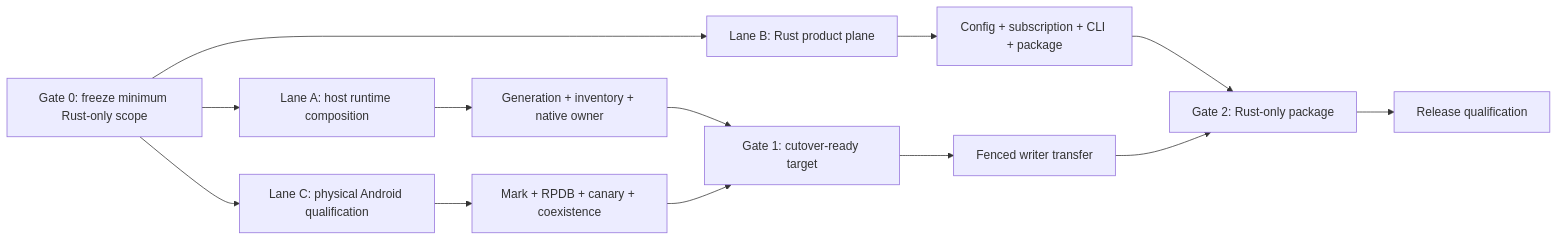
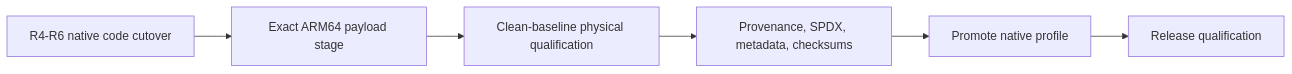
The diagram in docs/architecture/implementation-roadmap.md (Chth1z/Flux), drawn with Mermaid before and after one commit. The commit also changed other lines of this file and 4 other files, not shown here.

Commit message:
docs: align guides with native runtime

````diff
--- a/docs/architecture/implementation-roadmap.md
+++ b/docs/architecture/implementation-roadmap.md
@@ -88,19 +86,8 @@
 ```mermaid
 flowchart LR
-    G0["Gate 0: freeze minimum Rust-only scope"]
-    A1["Lane A: host runtime composition"]
-    A2["Generation + inventory + native owner"]
-    B1["Lane B: Rust product plane"]
-    B2["Config + subscription + CLI + package"]
-    C1["Lane C: physical Android qualification"]
-    C2["Mark + RPDB + canary + coexistence"]
-    D1["Gate 1: cutover-ready target"]
-    D2["Fenced writer transfer"]
-    D3["Gate 2: Rust-only package"]
-    R["Release qualification"]
-
-    G0 --> A1 --> A2 --> D1
-    G0 --> B1 --> B2 --> D3
-    G0 --> C1 --> C2 --> D1
-    D1 --> D2 --> D3 --> R
+    Code["R4-R6 native code cutover"] --> Stage["Exact ARM64 payload stage"]
+    Stage --> Device["Clean-baseline physical qualification"]
+    Device --> Trust["Provenance, SPDX, metadata, checksums"]
+    Trust --> Promote["Promote native profile"]
+    Promote --> R["Release qualification"]
 ```
````
